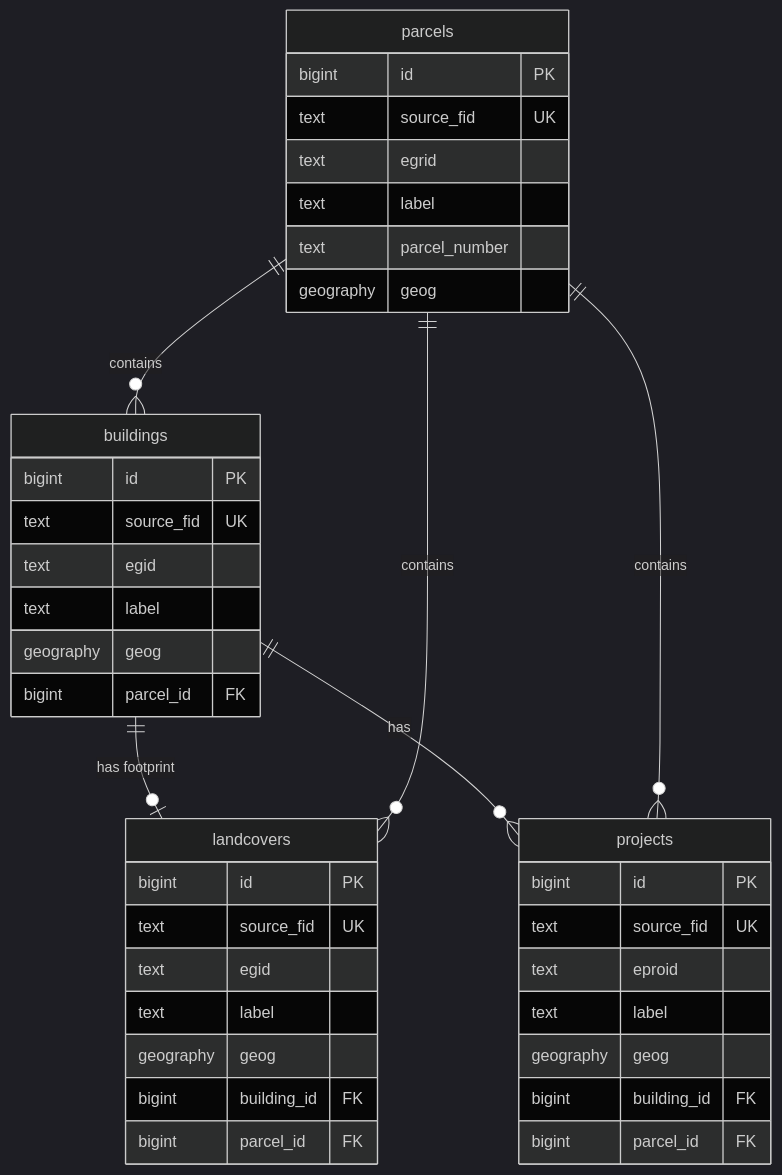
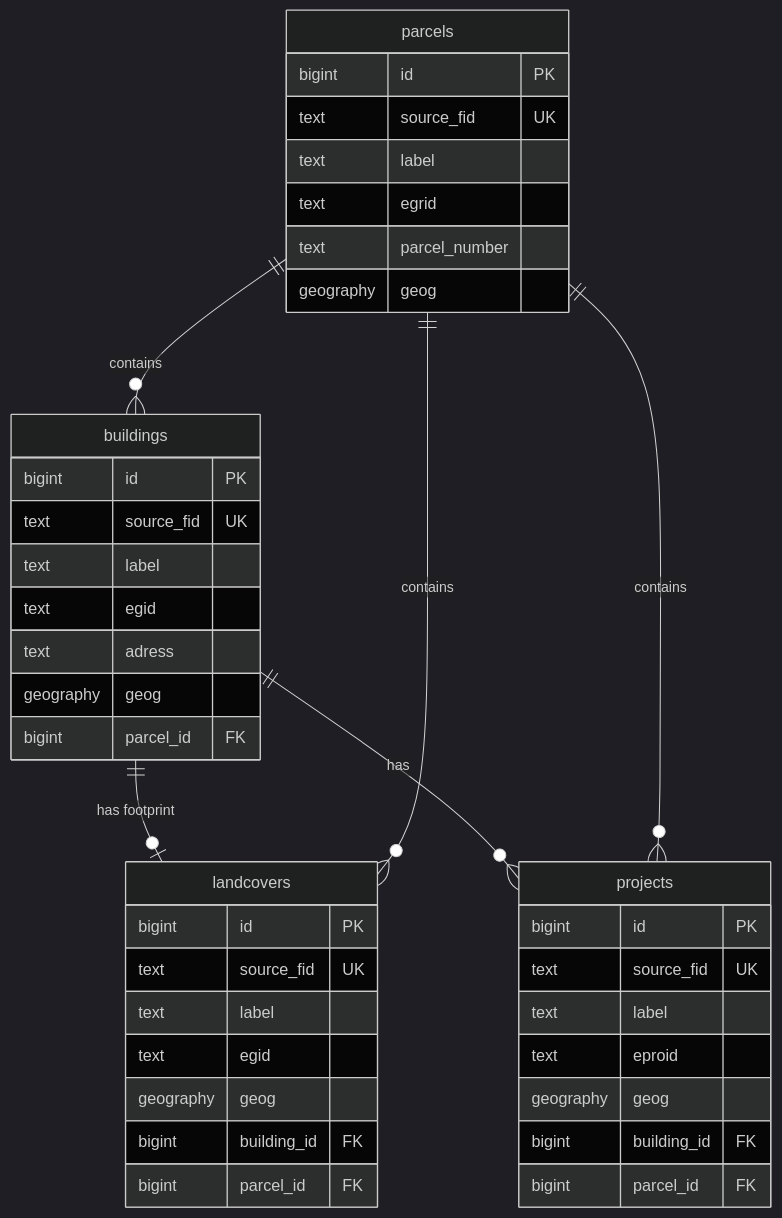
Before and after one commit to davras5/OpenBuildings: the diagram in documentation/DATAMODEL.md, drawn with Mermaid (dark theme).

````diff
--- a/documentation/DATAMODEL.md
+++ b/documentation/DATAMODEL.md
@@ -23,46 +23,47 @@
 ```mermaid
 erDiagram
     parcels ||--o{ buildings : "contains"
     buildings ||--o| landcovers : "has footprint"
     parcels ||--o{ landcovers : "contains"
     buildings ||--o{ projects : "has"
     parcels ||--o{ projects : "contains"
 
     buildings {
         bigint id PK
         text source_fid UK
+        text label
         text egid
-        text label
+        text adress
         geography geog
         bigint parcel_id FK
     }
 
     parcels {
         bigint id PK
         text source_fid UK
+        text label
         text egrid
-        text label
         text parcel_number
         geography geog
     }
 
     landcovers {
         bigint id PK
         text source_fid UK
+        text label
         text egid
-        text label
         geography geog
         bigint building_id FK
         bigint parcel_id FK
     }
 
     projects {
         bigint id PK
         text source_fid UK
+        text label
         text eproid
-        text label
         geography geog
         bigint building_id FK
         bigint parcel_id FK
     }
 ```
````
